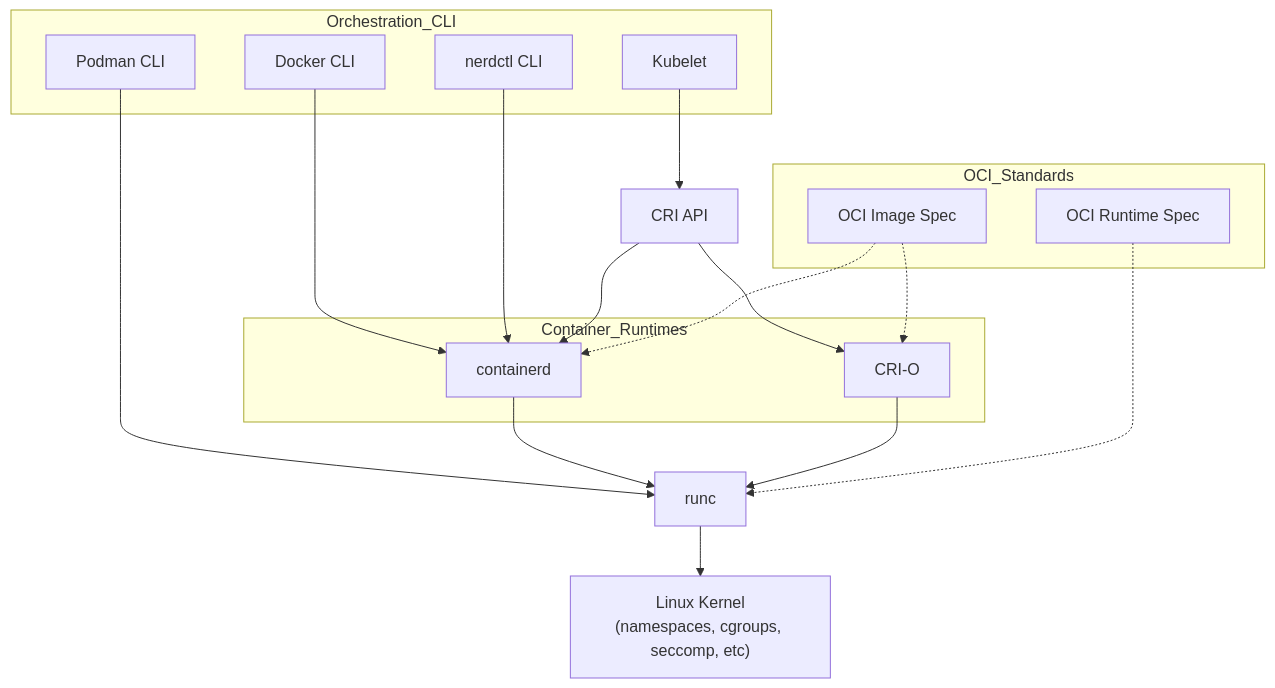
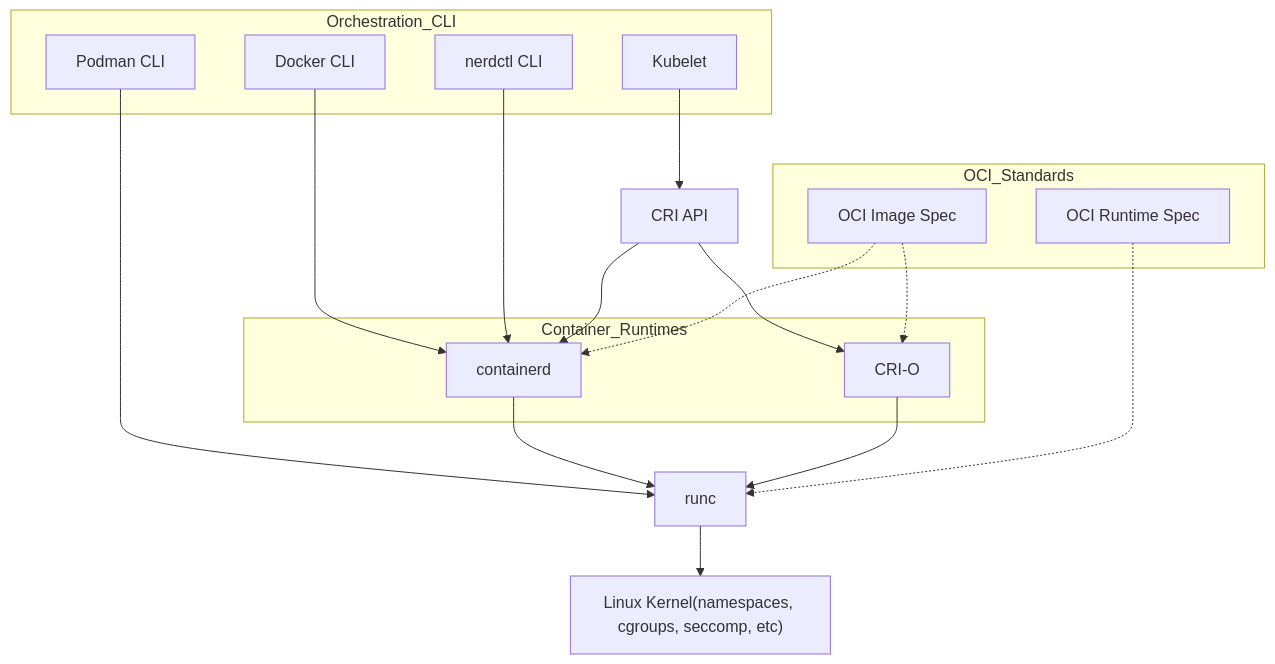
One commit to marcossilvestrini/learning-lpic-3-305-300 changed the second of 2 diagrams in README.md. Above: the diagram before and after it, drawn with Mermaid. The commit also changed other lines of this file and 2 other files, not shown here.

````diff
--- a/README.md
+++ b/README.md
@@ -2632,38 +2632,38 @@
 ```mermaid
 graph TD
     subgraph OCI_Standards
         OCI1["OCI Image Spec"]
         OCI2["OCI Runtime Spec"]
     end
 
     subgraph Orchestration_CLI
         Docker["Docker CLI"]
         Podman["Podman CLI"]
         Kubelet["Kubelet"]
         Nerdctl["nerdctl CLI"]
     end
 
     subgraph Container_Runtimes
         containerd["containerd"]
         crio["CRI-O"]
     end
 
     runc["runc"]
 
-    Kernel["Linux Kernel\n(namespaces, cgroups, seccomp, etc)"]
+    Kernel["Linux Kernel(namespaces, cgroups, seccomp, etc)"]
 
     %% Connections
     Docker --> containerd
     Podman --> runc
     Nerdctl --> containerd
     Kubelet --> CRI[CRI API]
     CRI --> containerd
     CRI --> crio
     containerd --> runc
     crio --> runc
     runc --> Kernel
 
     OCI1 -.-> containerd
     OCI1 -.-> crio
     OCI2 -.-> runc
 ```
````
